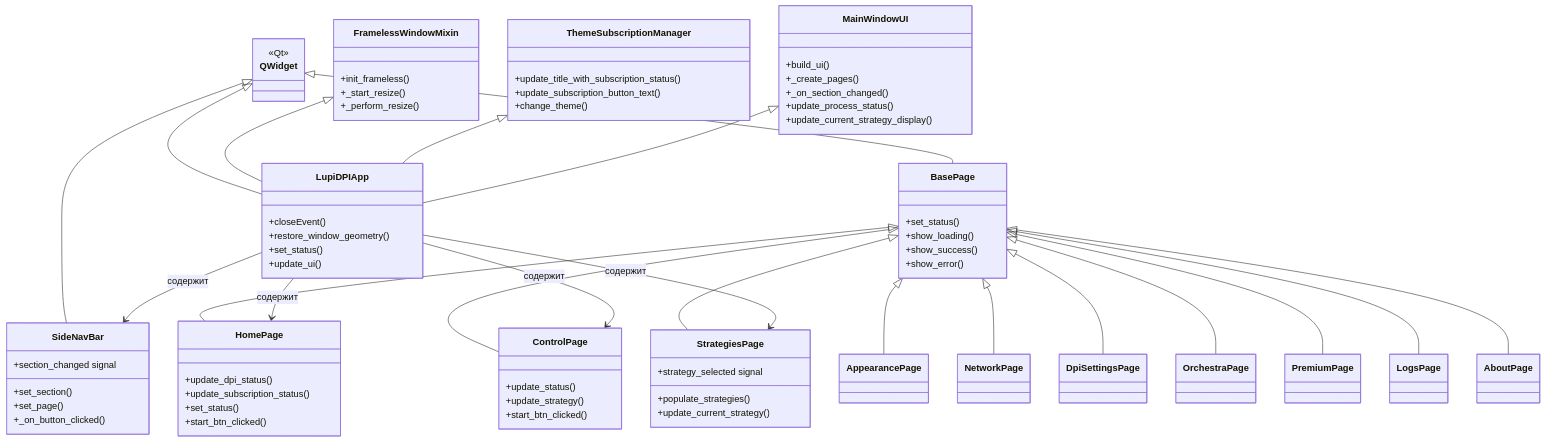
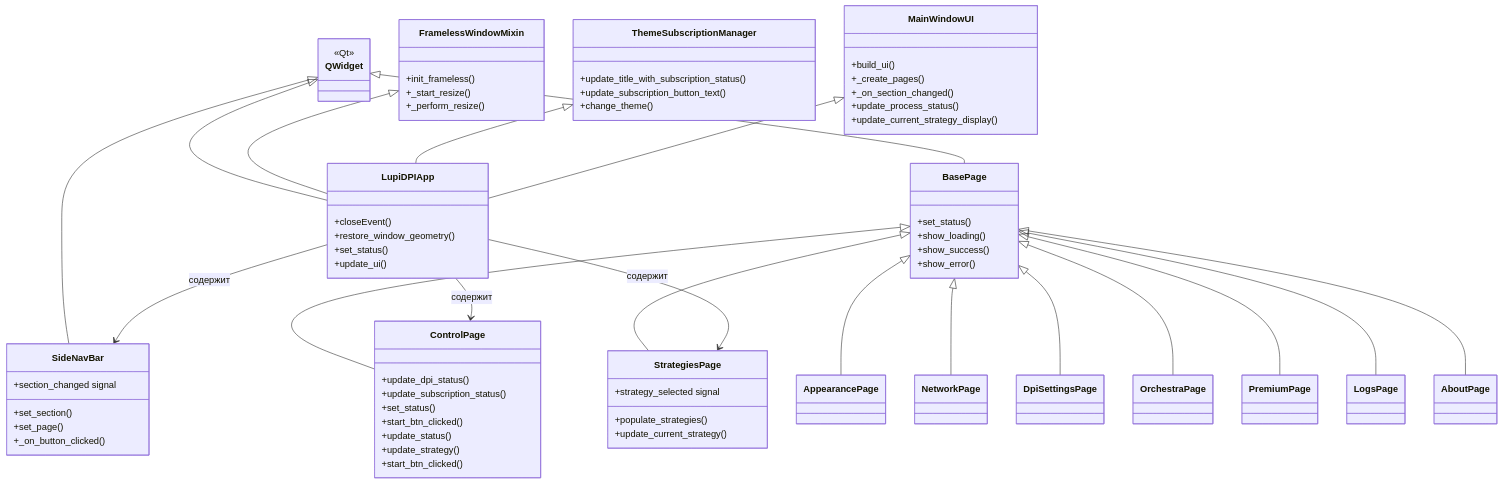
One commit to youtubediscord/zapret changed diagram 14 of 15 in docs/DIAGRAMS.md. Above: the diagram before and after it, drawn with Mermaid. The commit also changed other lines of this file and 20 other files, not shown here.

````diff
--- a/docs/DIAGRAMS.md
+++ b/docs/DIAGRAMS.md
@@ -969,7 +969,7 @@
         +show_error()
     }
     
-    class HomePage {
+    class ControlPage {
         +update_dpi_status()
         +update_subscription_status()
         +set_status()
@@ -1003,7 +1003,6 @@
     ThemeSubscriptionManager <|-- LupiDPIApp
     MainWindowUI <|-- LupiDPIApp
     
-    BasePage <|-- HomePage
     BasePage <|-- ControlPage
     BasePage <|-- StrategiesPage
     BasePage <|-- AppearancePage
@@ -1015,7 +1014,6 @@
     BasePage <|-- AboutPage
     
     LupiDPIApp --> SideNavBar : содержит
-    LupiDPIApp --> HomePage : содержит
     LupiDPIApp --> ControlPage : содержит
     LupiDPIApp --> StrategiesPage : содержит
 ```
````
